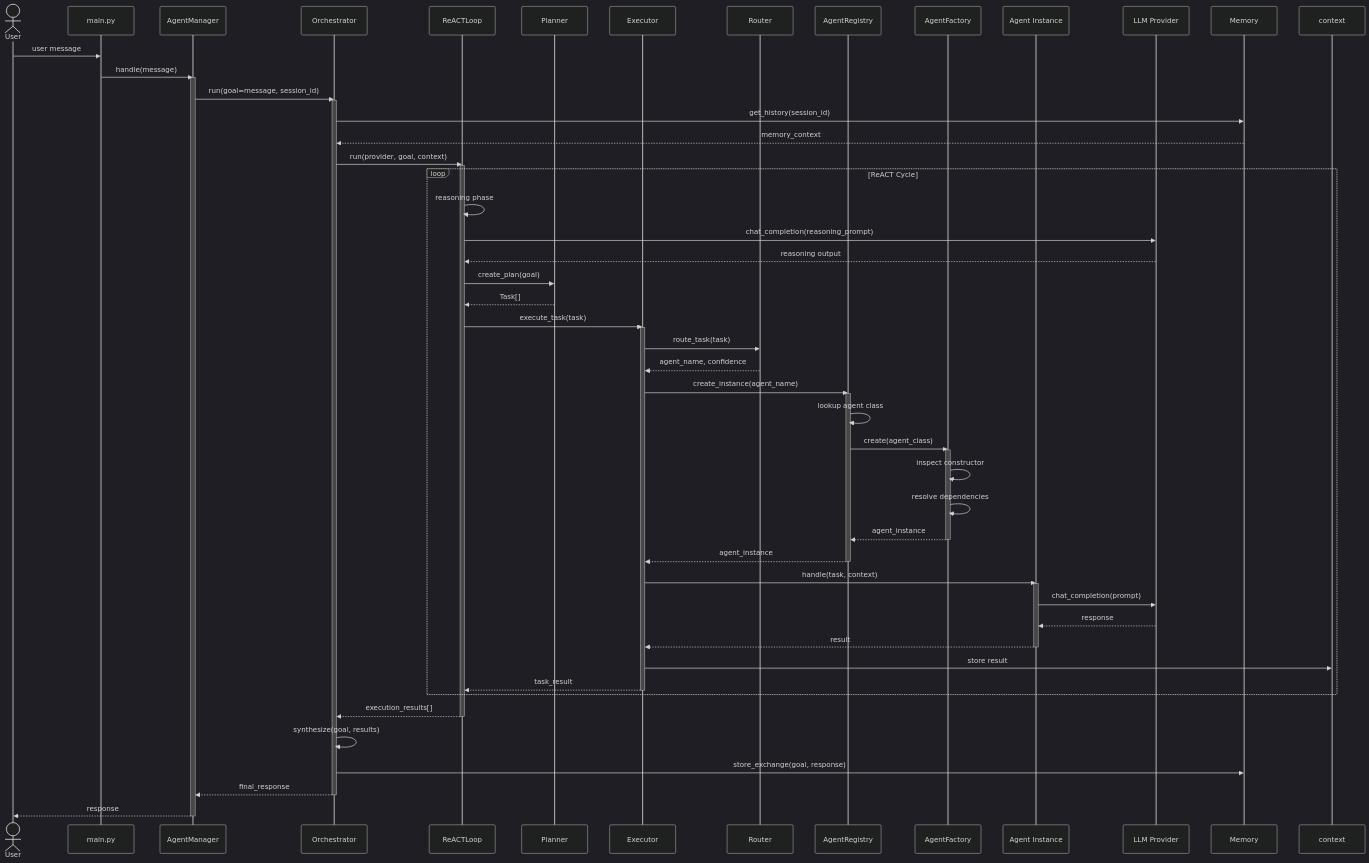
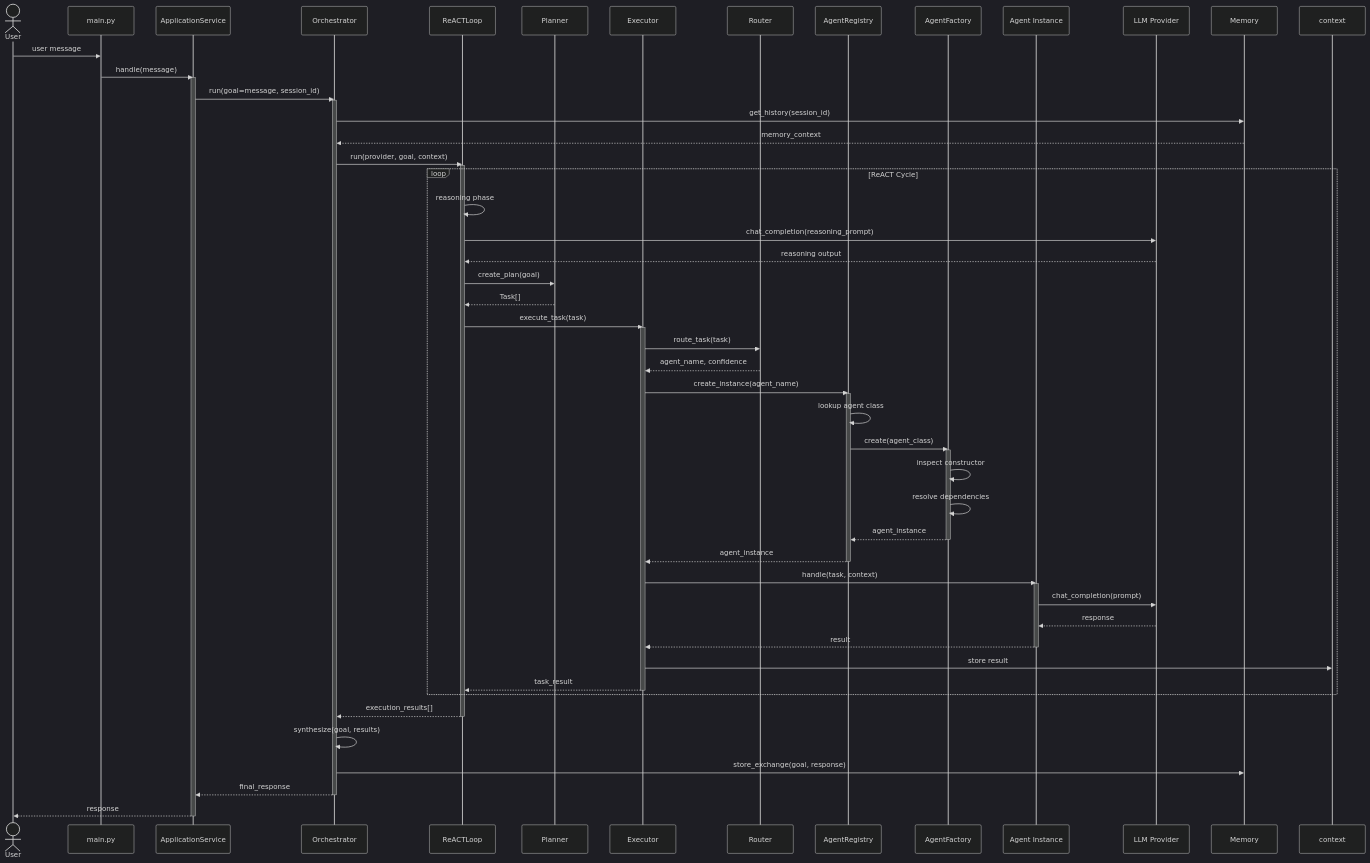
The second of 6 diagrams in docs/ARCHITECTURE-DIAGRAMS.md (janani-h-kumar/em-ai-labs), drawn with Mermaid (dark theme) before and after one commit. The commit also changed other lines of this file and 21 other files, not shown here.

````diff
--- a/docs/ARCHITECTURE-DIAGRAMS.md
+++ b/docs/ARCHITECTURE-DIAGRAMS.md
@@ -81,82 +81,82 @@
 ```mermaid
 sequenceDiagram
     actor User
     participant Main as main.py
-    participant Manager as AgentManager
+    participant Manager as ApplicationService
     participant Orch as Orchestrator
     participant ReACT as ReACTLoop
     participant Plan as Planner
     participant Exec as Executor
     participant Router as Router
     participant Reg as AgentRegistry
     participant Factory as AgentFactory
     participant Agent as Agent Instance
     participant Provider as LLM Provider
 
     User->>Main: user message
     Main->>Manager: handle(message)
     activate Manager
 
     Manager->>Orch: run(goal=message, session_id)
     activate Orch
 
     Orch->>Memory: get_history(session_id)
     Memory-->>Orch: memory_context
 
     Orch->>ReACT: run(provider, goal, context)
     activate ReACT
 
     loop ReACT Cycle
         ReACT->>ReACT: reasoning phase
         ReACT->>Provider: chat_completion(reasoning_prompt)
         Provider-->>ReACT: reasoning output
 
         ReACT->>Plan: create_plan(goal)
         Plan-->>ReACT: Task[]
 
         ReACT->>Exec: execute_task(task)
         activate Exec
 
         Exec->>Router: route_task(task)
         Router-->>Exec: agent_name, confidence
 
         Exec->>Reg: create_instance(agent_name)
         activate Reg
 
         Reg->>Reg: lookup agent class
         Reg->>Factory: create(agent_class)
         activate Factory
 
         Factory->>Factory: inspect constructor
         Factory->>Factory: resolve dependencies
         Factory-->>Reg: agent_instance
         deactivate Factory
 
         Reg-->>Exec: agent_instance
         deactivate Reg
 
         Exec->>Agent: handle(task, context)
         activate Agent
 
         Agent->>Provider: chat_completion(prompt)
         Provider-->>Agent: response
 
         Agent-->>Exec: result
         deactivate Agent
 
         Exec->>context: store result
         Exec-->>ReACT: task_result
         deactivate Exec
     end
 
     ReACT-->>Orch: execution_results[]
     deactivate ReACT
 
     Orch->>Orch: synthesize(goal, results)
     Orch->>Memory: store_exchange(goal, response)
     Orch-->>Manager: final_response
     deactivate Orch
 
     Manager-->>User: response
     deactivate Manager
 ```
````
